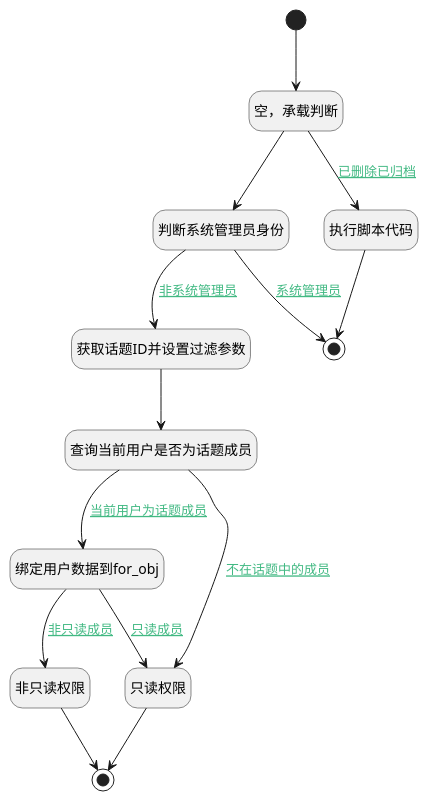
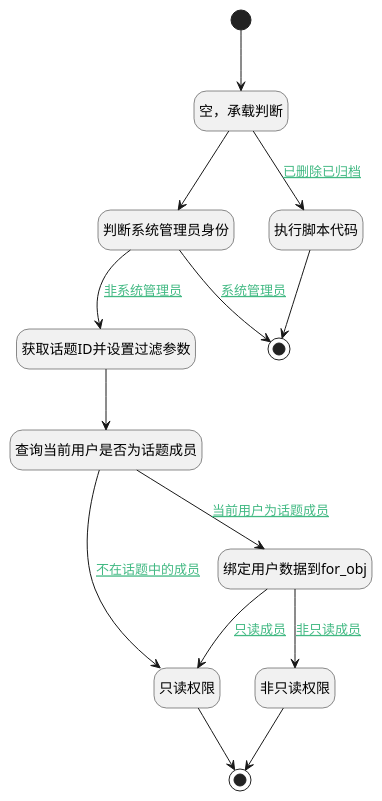
The diagram in doc/docsify/module/Team/discuss_topic/logic/get_discuss_member_one.md (iBizLab/plm), drawn with PlantUML before and after one commit. The commit also changed other lines of this file and 1276 other files, not shown here.

````diff
--- a/doc/docsify/module/Team/discuss_topic/logic/get_discuss_member_one.md
+++ b/doc/docsify/module/Team/discuss_topic/logic/get_discuss_member_one.md
@@ -7,40 +7,40 @@
 ```plantuml
 @startuml
 hide empty description
 <style>
 root {
   HyperlinkColor #42b983
 }
 </style>
 
 hide empty description
 state "开始" as Begin <<start>> [[$./get_discuss_member_one#begin {"开始"}]]
 state "判断系统管理员身份" as RAWSFCODE3  [[$./get_discuss_member_one#rawsfcode3 {"判断系统管理员身份"}]]
 state "结束" as END2 <<end>> [[$./get_discuss_member_one#end2 {"结束"}]]
 state "获取话题ID并设置过滤参数" as PREPAREPARAM2  [[$./get_discuss_member_one#prepareparam2 {"获取话题ID并设置过滤参数"}]]
 state "查询当前用户是否为话题成员" as DEDATASET3  [[$./get_discuss_member_one#dedataset3 {"查询当前用户是否为话题成员"}]]
+state "只读权限" as RAWSFCODE1  [[$./get_discuss_member_one#rawsfcode1 {"只读权限"}]]
+state "结束" as END6 <<end>> [[$./get_discuss_member_one#end6 {"结束"}]]
 state "空，承载判断" as PREPAREPARAM3  [[$./get_discuss_member_one#prepareparam3 {"空，承载判断"}]]
 state "绑定用户数据到for_obj" as PREPAREPARAM5  [[$./get_discuss_member_one#prepareparam5 {"绑定用户数据到for_obj"}]]
-state "只读权限" as RAWSFCODE1  [[$./get_discuss_member_one#rawsfcode1 {"只读权限"}]]
 state "非只读权限" as RAWSFCODE2  [[$./get_discuss_member_one#rawsfcode2 {"非只读权限"}]]
-state "结束" as END6 <<end>> [[$./get_discuss_member_one#end6 {"结束"}]]
 state "执行脚本代码" as RAWSFCODE4  [[$./get_discuss_member_one#rawsfcode4 {"执行脚本代码"}]]
 
 
 Begin --> PREPAREPARAM3
 PREPAREPARAM3 --> RAWSFCODE3
 RAWSFCODE3 --> PREPAREPARAM2 : [[$./get_discuss_member_one#rawsfcode3-prepareparam2{非系统管理员} 非系统管理员]]
 PREPAREPARAM2 --> DEDATASET3
 DEDATASET3 --> RAWSFCODE1 : [[$./get_discuss_member_one#dedataset3-rawsfcode1{不在话题中的成员} 不在话题中的成员]]
 RAWSFCODE1 --> END6
 DEDATASET3 --> PREPAREPARAM5 : [[$./get_discuss_member_one#dedataset3-prepareparam5{当前用户为话题成员} 当前用户为话题成员]]
 PREPAREPARAM5 --> RAWSFCODE2 : [[$./get_discuss_member_one#prepareparam5-rawsfcode2{非只读成员} 非只读成员]]
 RAWSFCODE2 --> END6
 PREPAREPARAM5 --> RAWSFCODE1 : [[$./get_discuss_member_one#prepareparam5-rawsfcode1{只读成员} 只读成员]]
 RAWSFCODE3 --> END2 : [[$./get_discuss_member_one#rawsfcode3-end2{系统管理员} 系统管理员]]
 PREPAREPARAM3 --> RAWSFCODE4 : [[$./get_discuss_member_one#prepareparam3-rawsfcode4{已删除已归档} 已删除已归档]]
 RAWSFCODE4 --> END2
 
 
 @enduml
 ```
````
